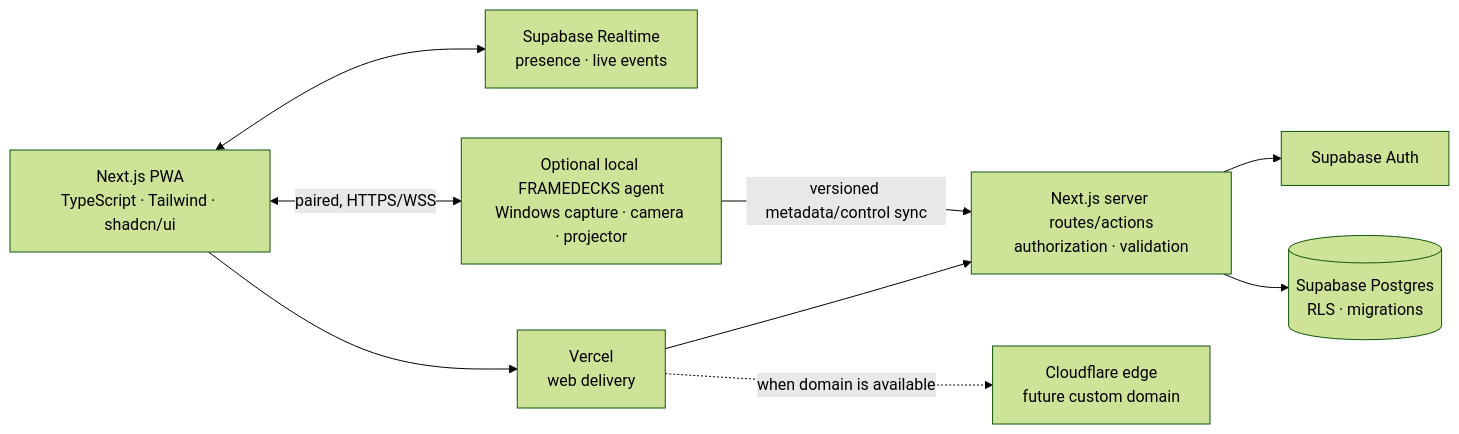
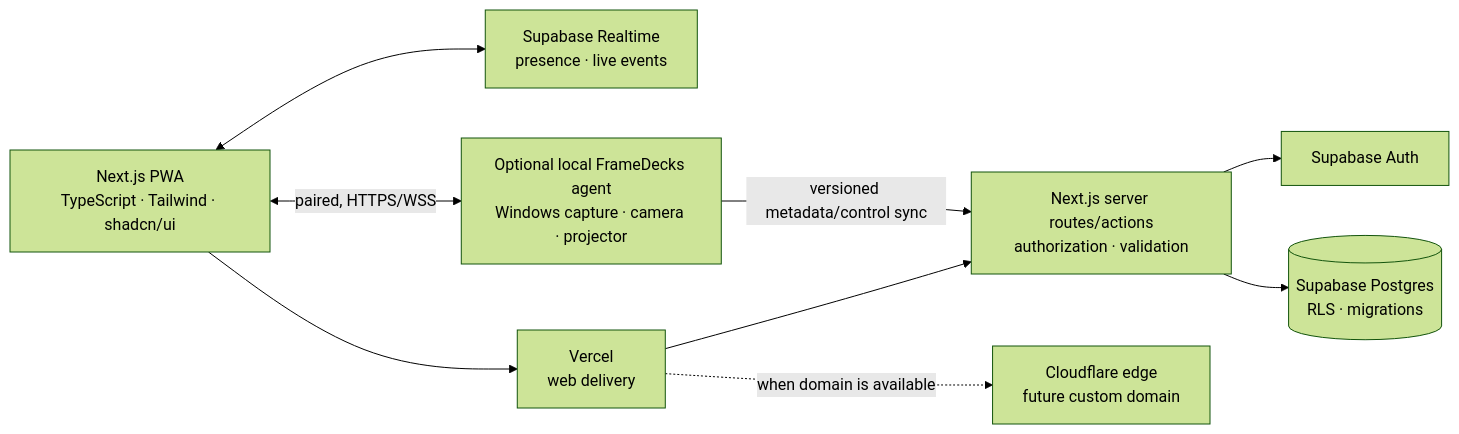
The diagram in docs/project/saas-migration-roadmap.md (mshobin/FrameDecks), drawn with Mermaid (forest theme) before and after one commit. The commit also changed other lines of this file and 254 other files, not shown here.

````diff
--- a/docs/project/saas-migration-roadmap.md
+++ b/docs/project/saas-migration-roadmap.md
@@ -152,18 +152,18 @@
 ```mermaid
 flowchart LR
   Browser["Next.js PWA<br/>TypeScript · Tailwind · shadcn/ui"]
   Next["Next.js server routes/actions<br/>authorization · validation"]
   Auth["Supabase Auth"]
   DB[("Supabase Postgres<br/>RLS · migrations")]
   RT["Supabase Realtime<br/>presence · live events"]
   Vercel["Vercel<br/>web delivery"]
   Edge["Cloudflare edge<br/>future custom domain"]
-  Agent["Optional local FRAMEDECKS agent<br/>Windows capture · camera · projector"]
+  Agent["Optional local FrameDecks agent<br/>Windows capture · camera · projector"]
   Browser --> Vercel --> Next
   Vercel -. "when domain is available" .-> Edge
   Next --> Auth
   Next --> DB
   Browser <--> RT
   Browser <-->|paired, HTTPS/WSS| Agent
   Agent -->|versioned metadata/control sync| Next
 ```
````
